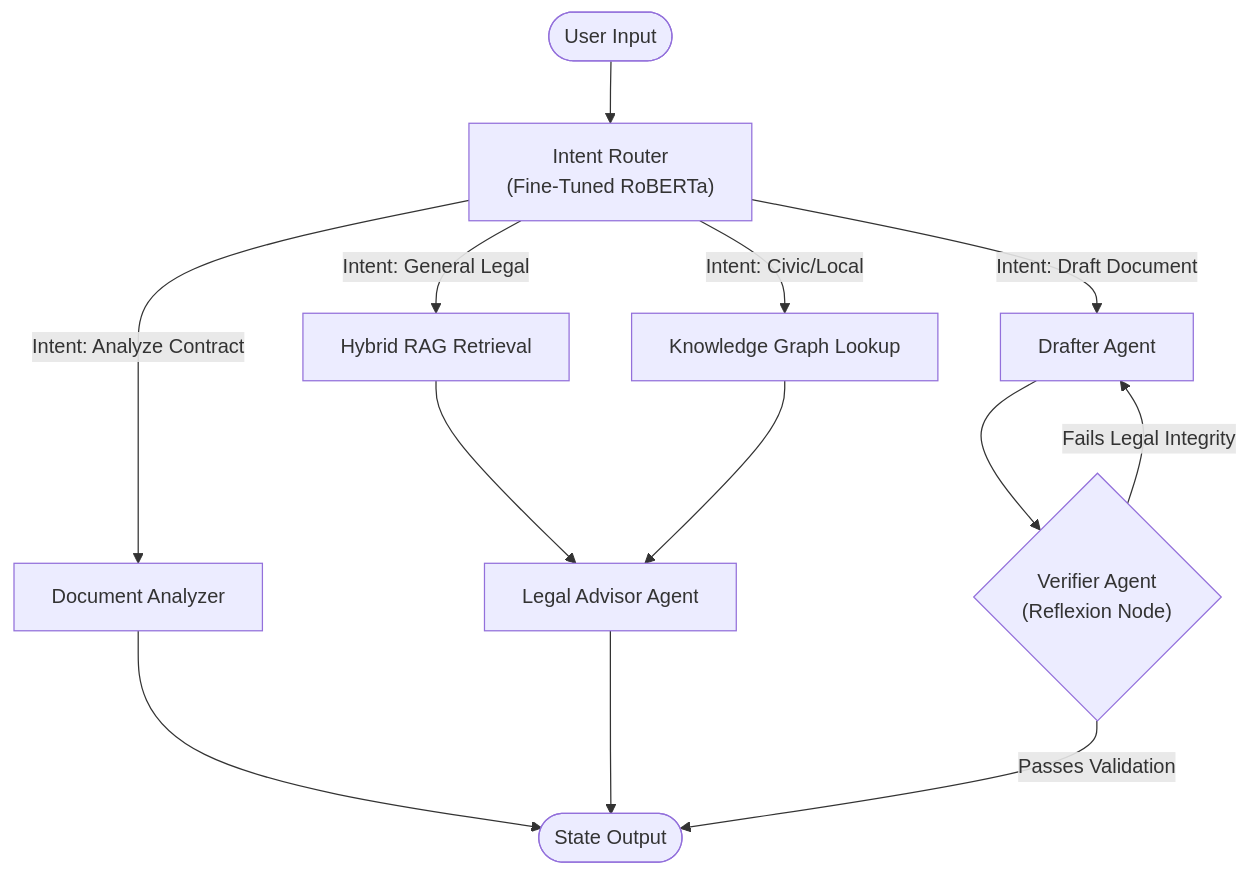
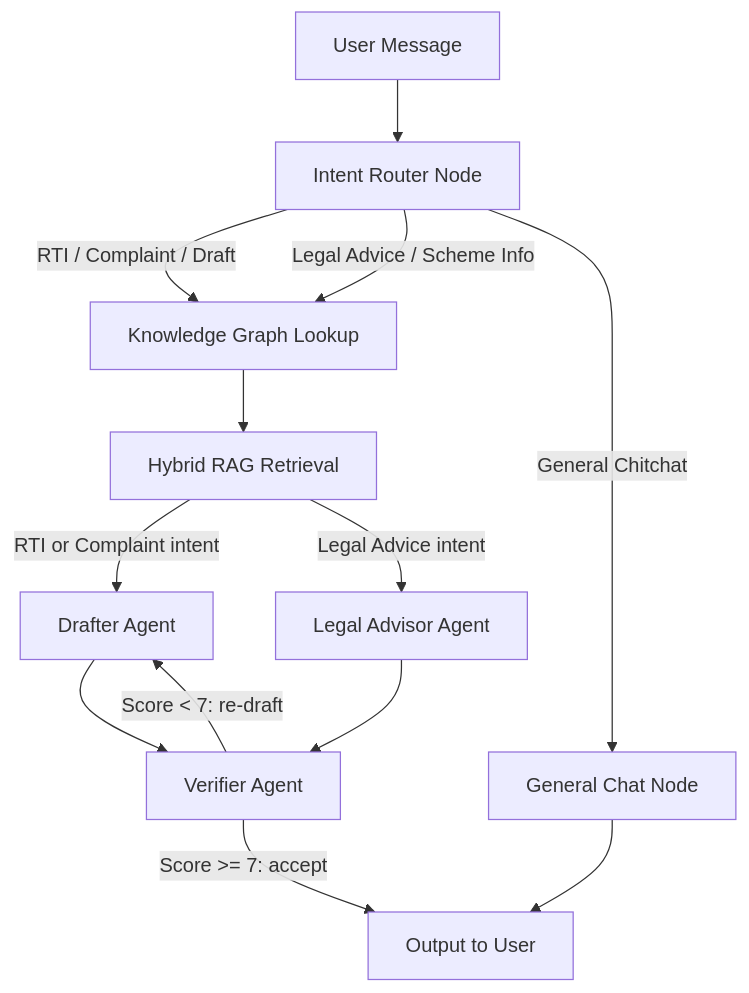
One commit to Manas8112/Jansathi changed the diagram in README.md. Above: the diagram before and after it, drawn with Mermaid. The commit also changed other lines of this file, not shown here.

````diff
--- a/README.md
+++ b/README.md
@@ -19,19 +25,20 @@
 ```mermaid
 graph TD
-    User([User Input]) --> Router["Intent Router<br/>(Fine-Tuned RoBERTa)"]
+    A["User Message"] --> B["Intent Router Node"]
     
-    Router -->|Intent: Draft Document| Drafter["Drafter Agent"]
-    Router -->|Intent: Analyze Contract| Analyzer["Document Analyzer"]
-    Router -->|Intent: General Legal| RAG["Hybrid RAG Retrieval"]
-    Router -->|Intent: Civic/Local| Jurisdiction["Knowledge Graph Lookup"]
-
-    RAG --> Advisor["Legal Advisor Agent"]
-    Jurisdiction --> Advisor
-
-    Drafter --> Verifier{"Verifier Agent<br/>(Reflexion Node)"}
-    Analyzer --> Output([State Output])
-    Advisor --> Output
+    B -->|"RTI / Complaint / Draft"| C["Knowledge Graph Lookup"]
+    B -->|"Legal Advice / Scheme Info"| C
+    B -->|"General Chitchat"| G["General Chat Node"]
     
-    Verifier -->|Fails Legal Integrity| Drafter
-    Verifier -->|Passes Validation| Output
+    C --> D["Hybrid RAG Retrieval"]
+    
+    D -->|"RTI or Complaint intent"| E["Drafter Agent"]
+    D -->|"Legal Advice intent"| F["Legal Advisor Agent"]
+    
+    E --> H["Verifier Agent"]
+    F --> H
+    
+    H -->|"Score < 7: re-draft"| E
+    H -->|"Score >= 7: accept"| I["Output to User"]
+    G --> I
 ```
````
